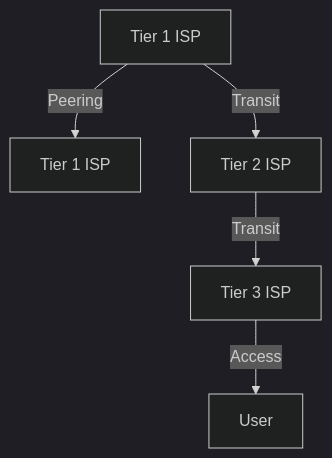
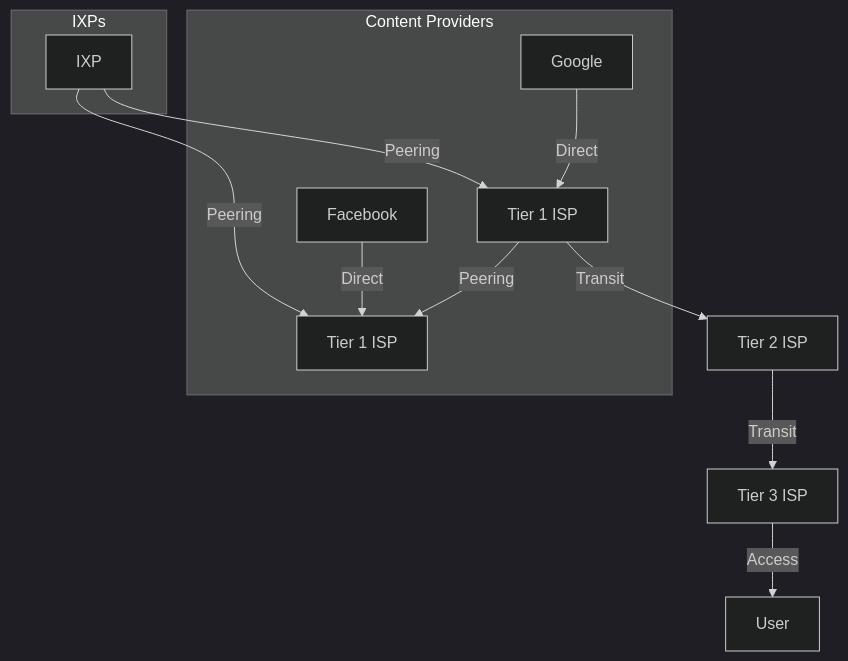
The third of 3 diagrams in ch1/1.3_The_Network_Core.md (Attash2312/cntheory), drawn with Mermaid (dark theme) before and after one commit. The commit also changed other lines of this file and 79 other files, not shown here.

````diff
--- a/ch1/1.3_The_Network_Core.md
+++ b/ch1/1.3_The_Network_Core.md
@@ -141,7 +147,17 @@
 ```mermaid
 graph TD
   T1[Tier 1 ISP] -- Peering --> T1b[Tier 1 ISP]
   T1 -- Transit --> T2[Tier 2 ISP]
   T2 -- Transit --> T3[Tier 3 ISP]
   T3 -- Access --> U[User]
-``` 
+  
+  subgraph "Content Providers"
+    CP1[Google] -- Direct --> T1
+    CP2[Facebook] -- Direct --> T1b
+  end
+  
+  subgraph "IXPs"
+    IXP1[IXP] -- Peering --> T1
+    IXP1 -- Peering --> T1b
+  end
+```
````
